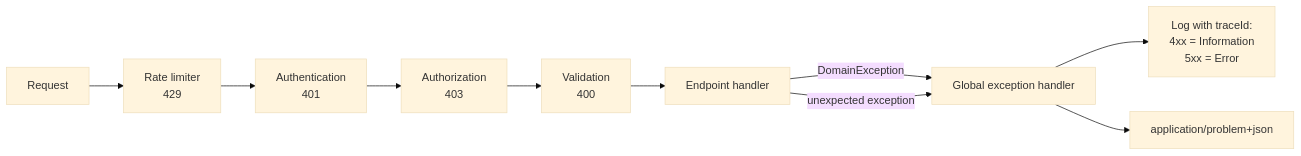
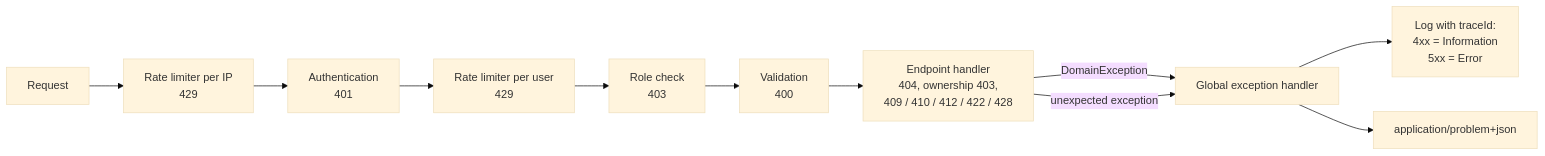
One commit to hrytsykvl/Ticketium changed the fourth of 4 diagrams in docs/ERROR_HANDLING.md. Above: the diagram before and after it, drawn with Mermaid (base theme). The commit also changed other lines of this file and 6 other files, not shown here.

````diff
--- a/docs/ERROR_HANDLING.md
+++ b/docs/ERROR_HANDLING.md
@@ -329,12 +413,13 @@
 ```mermaid
 flowchart LR
-    R[Request] --> RL[Rate limiter<br/>429]
+    R[Request] --> RL[Rate limiter per IP<br/>429]
     RL --> AU[Authentication<br/>401]
-    AU --> AZ[Authorization<br/>403]
+    AU --> RU[Rate limiter per user<br/>429]
+    RU --> AZ[Role check<br/>403]
     AZ --> V[Validation<br/>400]
-    V --> H[Endpoint handler]
+    V --> H[Endpoint handler<br/>404, ownership 403,<br/>409 / 410 / 412 / 422 / 428]
     H -->|DomainException| GH[Global exception handler]
     H -->|unexpected exception| GH
     GH --> L[Log with traceId:<br/>4xx = Information<br/>5xx = Error]
     GH --> P[application/problem+json]
 ```
````
